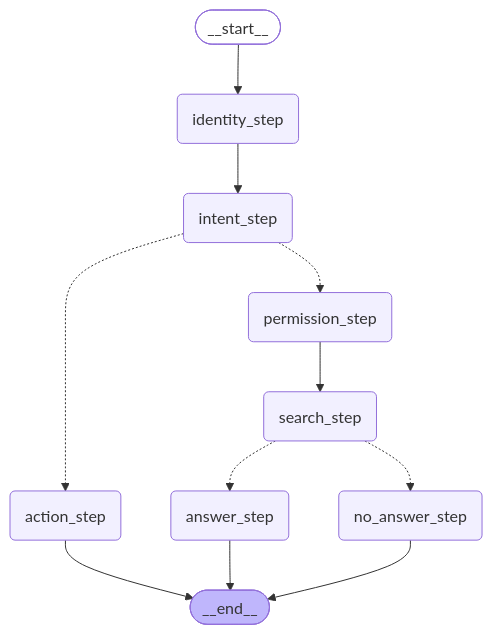
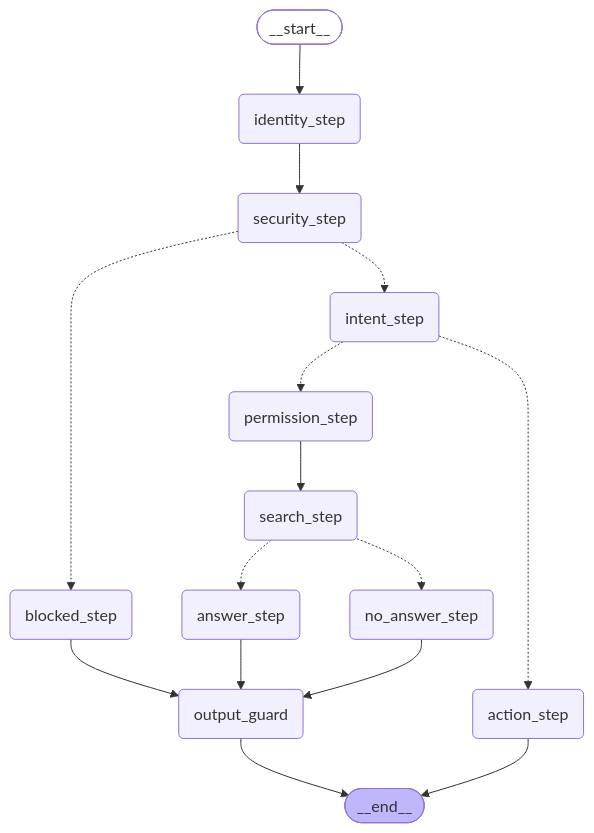
The diagram in README.md (ADanUser/corporate-ai-assistant), drawn with Mermaid before and after one commit. The commit also changed other lines of this file, not shown here.

Commit message:
docs(readme): актуализация схемы графа под этап 12 (security, blocked, output_guard)

````diff
--- a/README.md
+++ b/README.md
@@ -91,25 +103,32 @@
 ```mermaid
 graph TD;
         __start__([<p>__start__</p>]):::first
         identity_step(identity_step)
+        security_step(security_step)
+        blocked_step(blocked_step)
+        output_guard(output_guard)
         intent_step(intent_step)
         permission_step(permission_step)
         search_step(search_step)
         answer_step(answer_step)
         no_answer_step(no_answer_step)
         action_step(action_step)
         __end__([<p>__end__</p>]):::last
         __start__ --> identity_step;
         action_step --> __end__;
-        answer_step --> __end__;
-        identity_step --> intent_step;
-        no_answer_step --> __end__;
+        answer_step --> output_guard;
+        blocked_step --> output_guard;
+        identity_step --> security_step;
+        no_answer_step --> output_guard;
+        output_guard --> __end__;
         permission_step --> search_step;
+        security_step -.-> blocked_step;
+        security_step -.-> intent_step;
         intent_step -.-> permission_step;
         intent_step -.-> action_step;
         search_step -.-> answer_step;
         search_step -.-> no_answer_step;
         classDef default fill:#f2f0ff,line-height:1.2
         classDef first fill-opacity:0
         classDef last fill:#bfb6fc
 ```
````
